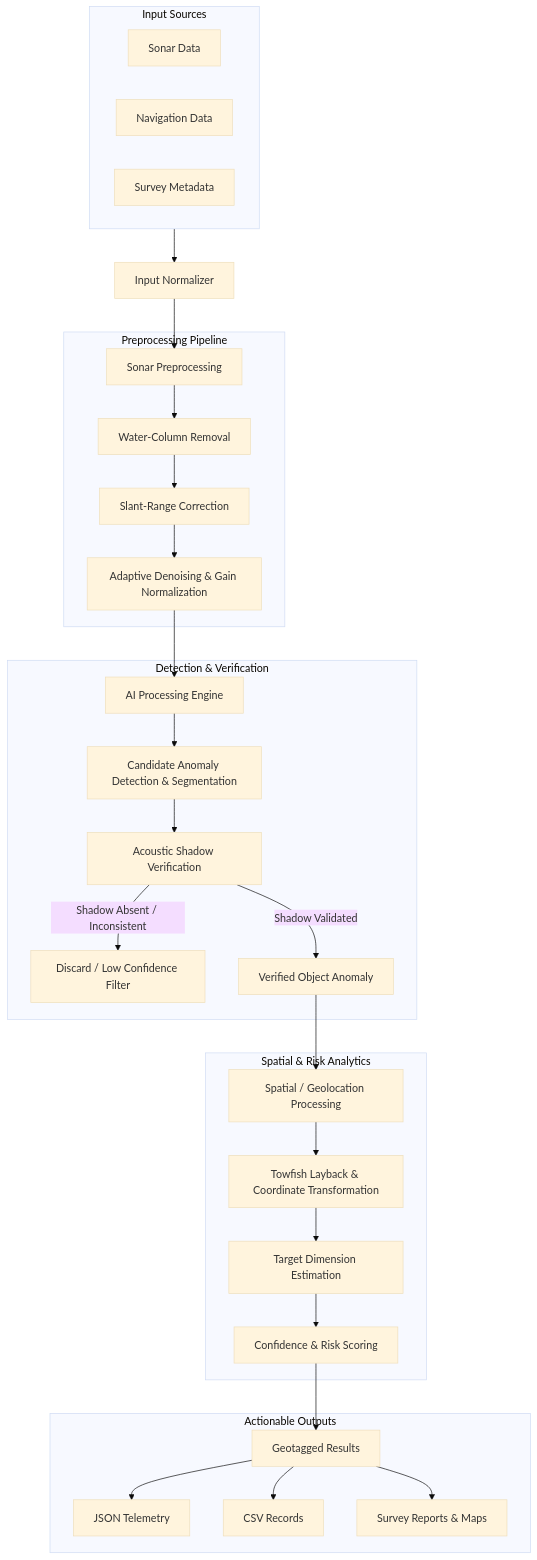
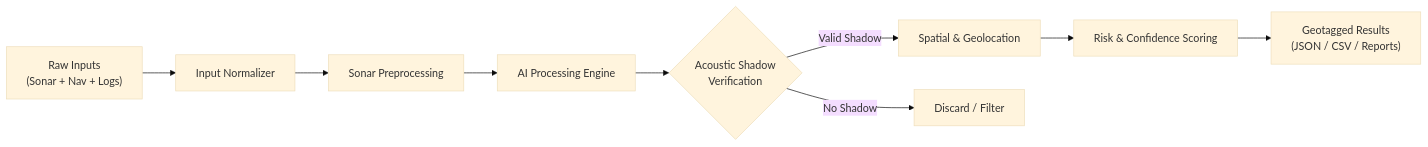
Before and after one commit to RaghavKacker/Aqua-Sentinel: the first of 2 diagrams in README.md, drawn with Mermaid (base theme). The commit also changed other lines of this file, not shown here.

````diff
--- a/README.md
+++ b/README.md
@@ -141,42 +102,11 @@
 ```mermaid
-flowchart TD
-    subgraph INP["Input Sources"]
-        A1["Sonar Data"]
-        A2["Navigation Data"]
-        A3["Survey Metadata"]
-    end
-
-    INP --> B["Input Normalizer"]
+flowchart LR
+    A["Raw Inputs<br/>(Sonar + Nav + Logs)"] --> B["Input Normalizer"]
     B --> C["Sonar Preprocessing"]
-    
-    subgraph PRE["Preprocessing Pipeline"]
-        C --> C1["Water-Column Removal"]
-        C1 --> C2["Slant-Range Correction"]
-        C2 --> C3["Adaptive Denoising & Gain Normalization"]
-    end
-    
-    C3 --> D["AI Processing Engine"]
-    
-    subgraph AIP["Detection & Verification"]
-        D --> D1["Candidate Anomaly Detection & Segmentation"]
-        D1 --> E["Acoustic Shadow Verification"]
-        E -->|Shadow Absent / Inconsistent| F1["Discard / Low Confidence Filter"]
-        E -->|Shadow Validated| F2["Verified Object Anomaly"]
-    end
-    
-    F2 --> G["Spatial / Geolocation Processing"]
-    
-    subgraph POST["Spatial & Risk Analytics"]
-        G --> G1["Towfish Layback & Coordinate Transformation"]
-        G1 --> G2["Target Dimension Estimation"]
-        G2 --> H["Confidence & Risk Scoring"]
-    end
-    
-    H --> I["Geotagged Results"]
-    
-    subgraph OUT["Actionable Outputs"]
-        I --> J1["JSON Telemetry"]
-        I --> J2["CSV Records"]
-        I --> J3["Survey Reports & Maps"]
-    end
+    C --> D["AI Processing Engine"]
+    D --> E{"Acoustic Shadow<br/>Verification"}
+    E -->|Valid Shadow| F["Spatial & Geolocation"]
+    E -->|No Shadow| X["Discard / Filter"]
+    F --> G["Risk & Confidence Scoring"]
+    G --> H["Geotagged Results<br/>(JSON / CSV / Reports)"]
 ```
````
